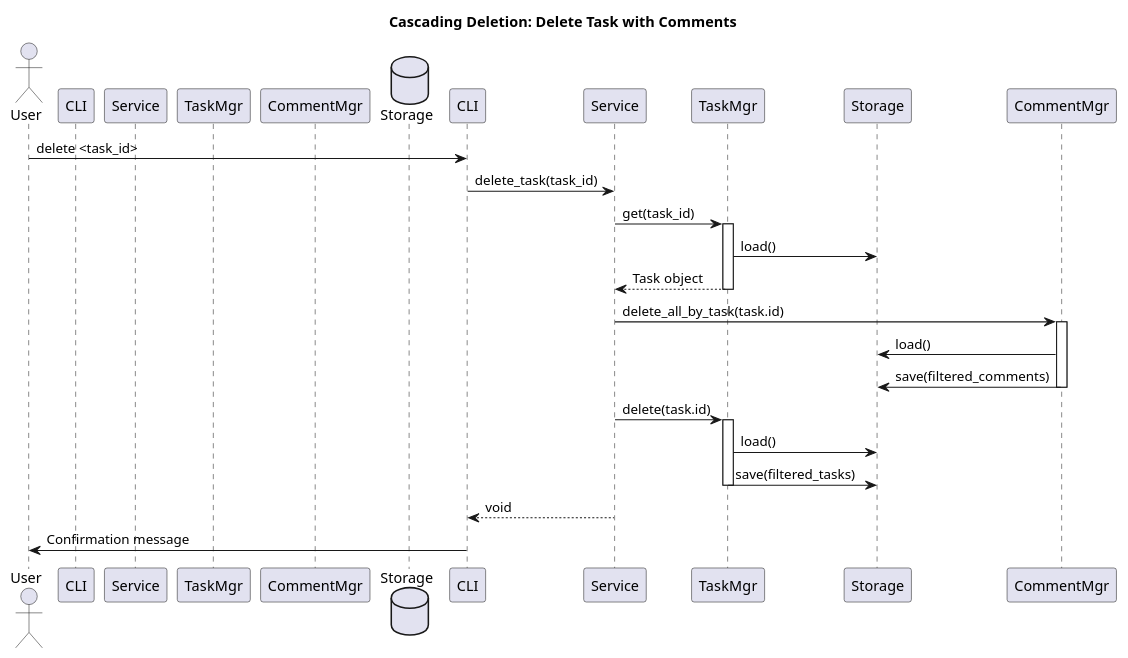
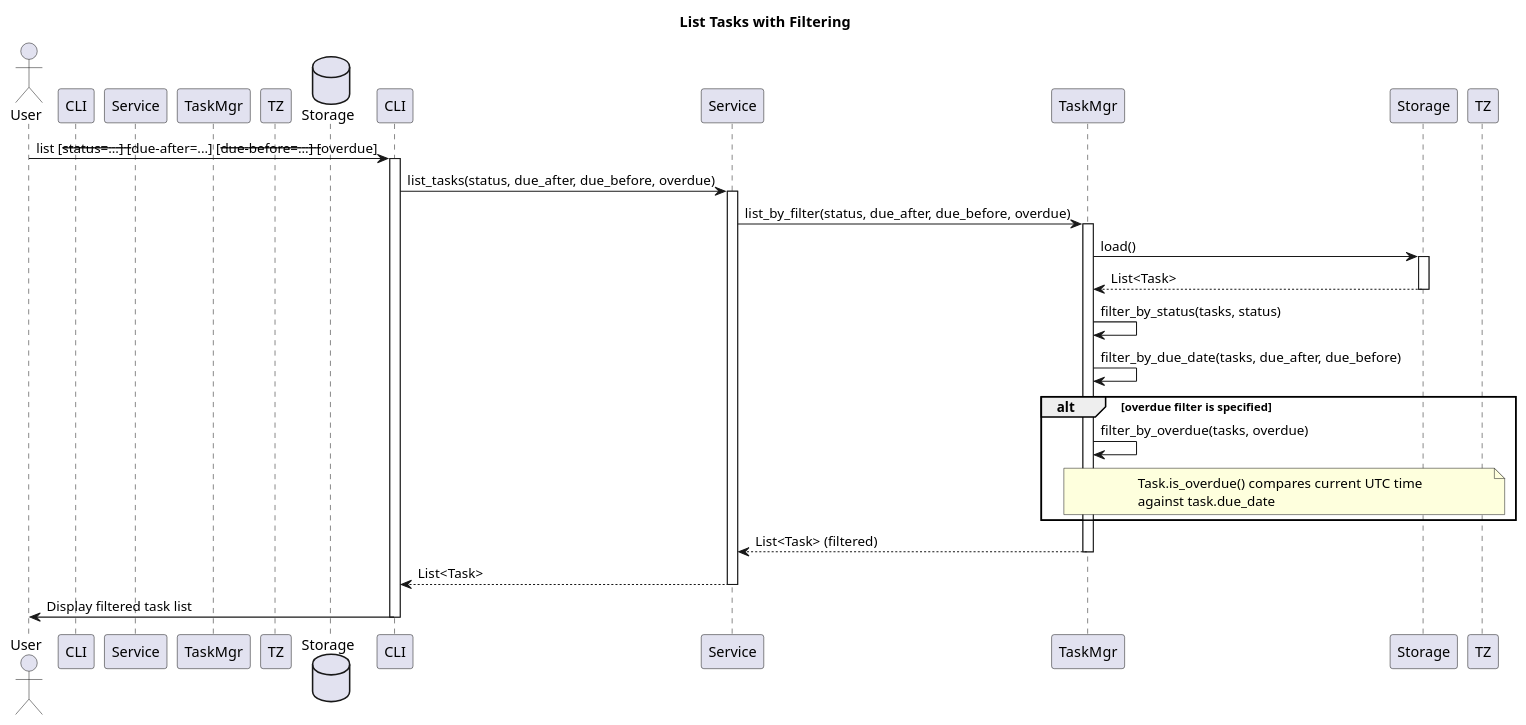
One commit to DanielRiha8906/Software_autoevolution_using_agents changed the diagram in experiments/pipeline/structured_text/TODO/artifacts/sequence_diagram.puml. Above: the diagram before and after it, drawn with PlantUML. The commit also changed 12 other files, not shown here.

First line of the commit message:
task 05 | pipeline / structured_text / TODO — Add due date and overdue filtering

```diff
--- a/experiments/pipeline/structured_text/TODO/artifacts/sequence_diagram.puml
+++ b/experiments/pipeline/structured_text/TODO/artifacts/sequence_diagram.puml
@@ -1,36 +1,44 @@
 @startuml sequence_diagram
 
-title Cascading Deletion: Delete Task with Comments
+title List Tasks with Filtering
 
 actor User
 participant CLI as TodoCLI
 participant Service as TodoService
 participant TaskMgr as TaskManager
-participant CommentMgr as CommentManager
+participant TZ as TimezoneUtils
 database Storage as JsonStorage
 
-User -> CLI: delete <task_id>
-CLI -> Service: delete_task(task_id)
+User -> CLI: list [--status=...] [--due-after=...] [--due-before=...] [--overdue]
+activate CLI
+CLI -> Service: list_tasks(status, due_after, due_before, overdue)
+activate Service
+Service -> TaskMgr: list_by_filter(status, due_after, due_before, overdue)
+activate TaskMgr
 
-Service -> TaskMgr: get(task_id)
-activate TaskMgr
 TaskMgr -> Storage: load()
-TaskMgr --> Service: Task object
+activate Storage
+Storage --> TaskMgr: List<Task>
+deactivate Storage
+
+TaskMgr -> TaskMgr: filter_by_status(tasks, status)
+TaskMgr -> TaskMgr: filter_by_due_date(tasks, due_after, due_before)
+
+alt overdue filter is specified
+  TaskMgr -> TaskMgr: filter_by_overdue(tasks, overdue)
+  note over TaskMgr, TZ
+    Task.is_overdue() compares current UTC time
+    against task.due_date
+  end note
+end
+
+TaskMgr --> Service: List<Task> (filtered)
 deactivate TaskMgr
 
-Service -> CommentMgr: delete_all_by_task(task.id)
-activate CommentMgr
-CommentMgr -> Storage: load()
-CommentMgr -> Storage: save(filtered_comments)
-deactivate CommentMgr
+Service --> CLI: List<Task>
+deactivate Service
 
-Service -> TaskMgr: delete(task.id)
-activate TaskMgr
-TaskMgr -> Storage: load()
-TaskMgr -> Storage: save(filtered_tasks)
-deactivate TaskMgr
-
-Service --> CLI: void
-CLI -> User: Confirmation message
+CLI -> User: Display filtered task list
+deactivate CLI
 
 @enduml
```
